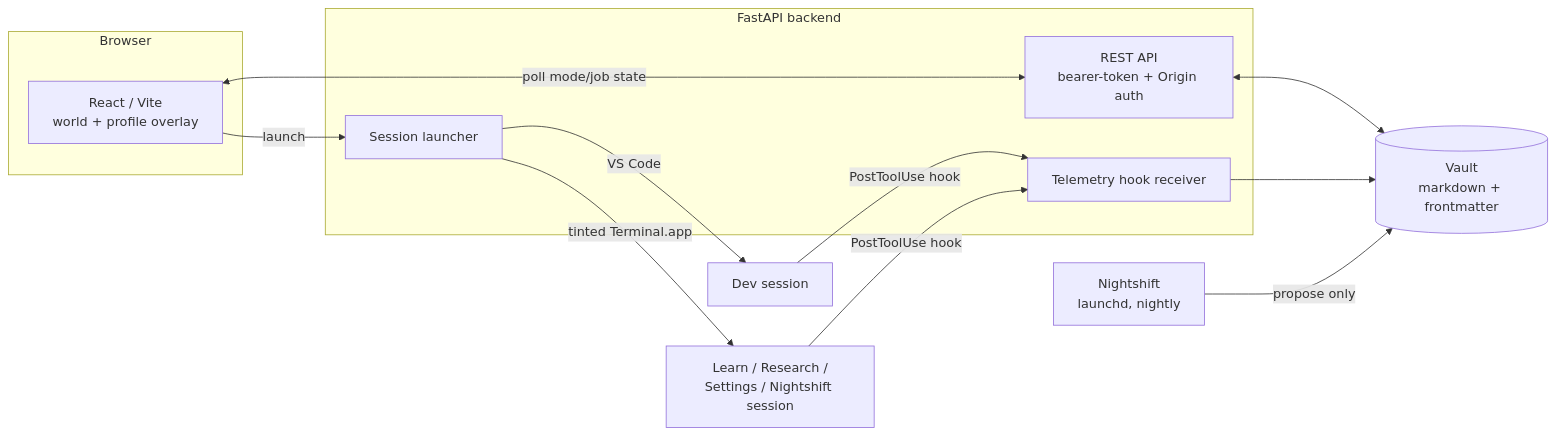
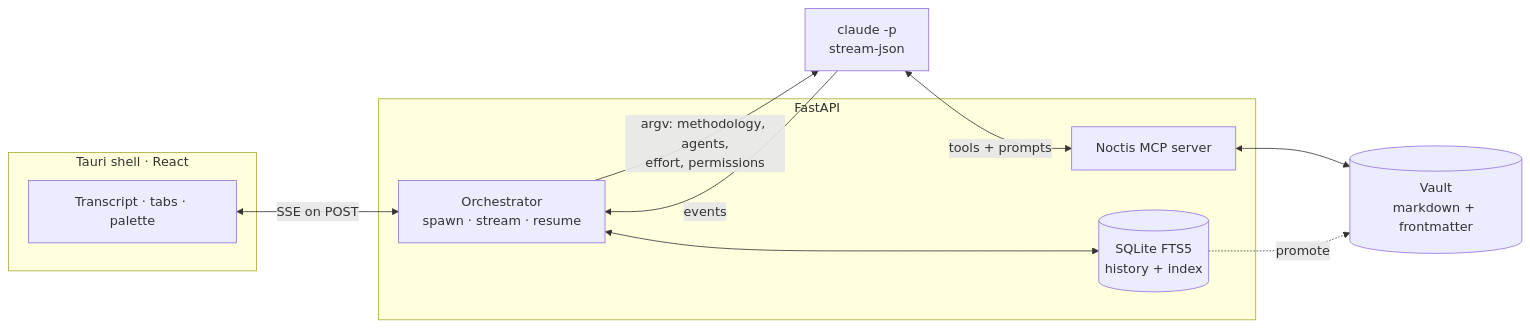
The diagram in README.md (shaynesss/noctis-os), drawn with Mermaid before and after one commit. The commit also changed other lines of this file and 1 other file, not shown here.

````diff
--- a/README.md
+++ b/README.md
@@ -60,25 +41,23 @@
 ```mermaid
 flowchart LR
-    subgraph Browser
-        UI[React / Vite<br/>world + profile overlay]
+    subgraph Shell[Tauri shell · React]
+        UI[Transcript · tabs · palette]
     end
 
-    subgraph Backend[FastAPI backend]
-        API[REST API<br/>bearer-token + Origin auth]
-        Launcher[Session launcher]
-        Hooks[Telemetry hook receiver]
+    subgraph Backend[FastAPI]
+        Orch[Orchestrator<br/>spawn · stream · resume]
+        MCP[Noctis MCP server]
+        Store[(SQLite FTS5<br/>history + index)]
     end
 
     Vault[(Vault<br/>markdown + frontmatter)]
-    Nightshift[Nightshift<br/>launchd, nightly]
+    CC[claude -p<br/>stream-json]
 
-    UI <-->|poll mode/job state| API
-    API <--> Vault
-    UI -->|launch| Launcher
-    Launcher -->|VS Code| Dev[Dev session]
-    Launcher -->|tinted Terminal.app| Other[Learn / Research /<br/>Settings / Nightshift session]
-    Dev -->|PostToolUse hook| Hooks
-    Other -->|PostToolUse hook| Hooks
-    Hooks --> Vault
-    Nightshift -->|propose only| Vault
+    UI <-->|SSE on POST| Orch
+    Orch -->|argv: methodology, agents,<br/>effort, permissions| CC
+    CC -->|events| Orch
+    CC <-->|tools + prompts| MCP
+    MCP <--> Vault
+    Orch <--> Store
+    Store -.->|promote| Vault
 ```
````
